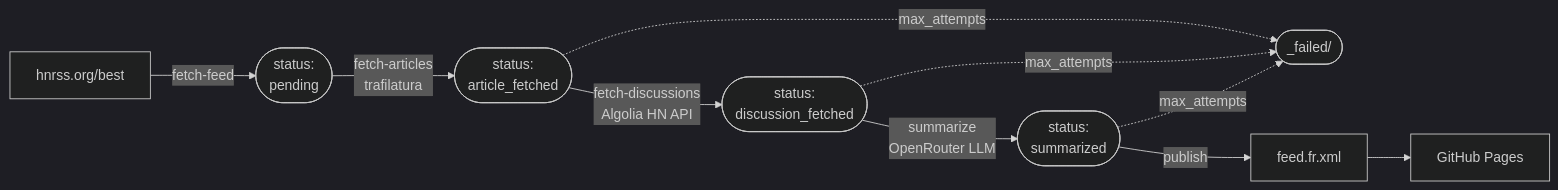
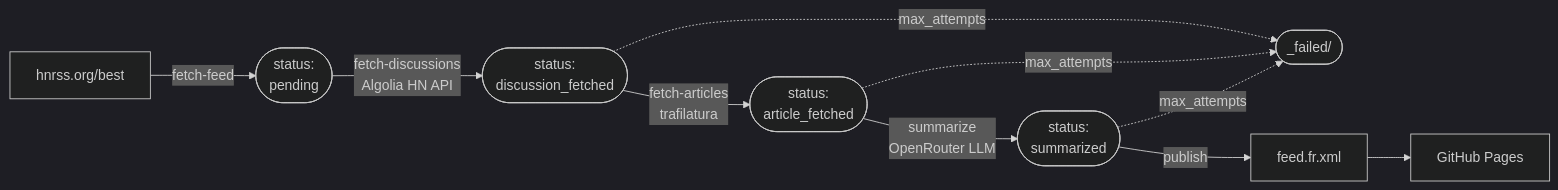
The diagram in docs/ARCHITECTURE.md (YoannAubineau/HackerNewsBestWithSummary), drawn with Mermaid (dark theme) before and after one commit. The commit also changed other lines of this file and 2 other files, not shown here.

````diff
--- a/docs/ARCHITECTURE.md
+++ b/docs/ARCHITECTURE.md
@@ -9,22 +9,22 @@
 ```mermaid
 flowchart LR
     hn[hnrss.org/best]
     pending([status:<br/>pending])
+    df([status:<br/>discussion_fetched])
     af([status:<br/>article_fetched])
-    df([status:<br/>discussion_fetched])
     summ([status:<br/>summarized])
     failed([_failed/])
     feed[feed.fr.xml]
     pages[GitHub Pages]
 
     hn -->|fetch-feed| pending
-    pending -->|fetch-articles<br/>trafilatura| af
-    af -->|fetch-discussions<br/>Algolia HN API| df
-    df -->|summarize<br/>OpenRouter LLM| summ
+    pending -->|fetch-discussions<br/>Algolia HN API| df
+    df -->|fetch-articles<br/>trafilatura| af
+    af -->|summarize<br/>OpenRouter LLM| summ
     summ -->|publish| feed
     feed --> pages
 
+    df -. max_attempts .-> failed
     af -. max_attempts .-> failed
-    df -. max_attempts .-> failed
     summ -. max_attempts .-> failed
 ```
````
